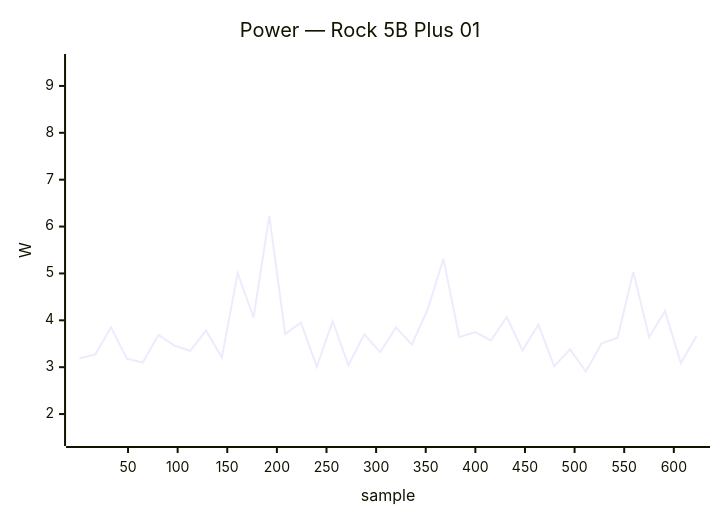
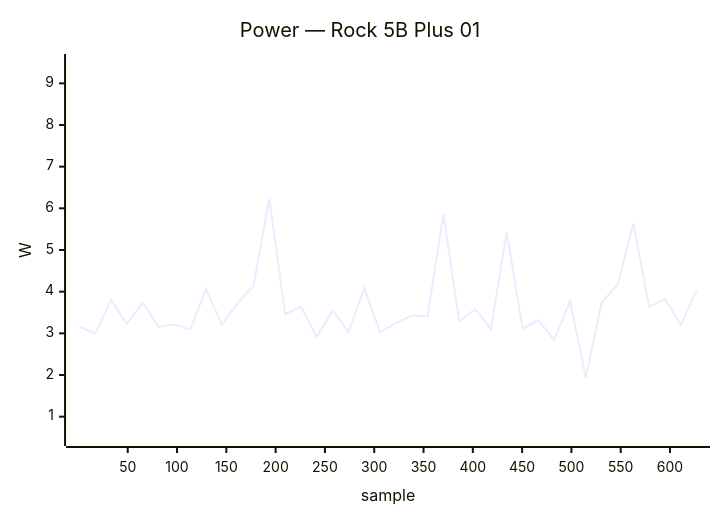
The fifth of 34 diagrams in docs/status/board-tests.md (armbian/documentation), drawn with Mermaid before and after one commit. The commit also changed other lines of this file, not shown here.

````diff
--- a/docs/status/board-tests.md
+++ b/docs/status/board-tests.md
@@ -237,7 +237,7 @@
 ```mermaid
 xychart-beta
     title "Power — Rock 5B Plus 01"
-    x-axis "sample" 1 --> 623
-    y-axis "W" 1.5 --> 9.5
-    line [3.19, 3.27, 3.85, 3.18, 3.10, 3.69, 3.46, 3.35, 3.78, 3.21, 5.01, 4.06, 6.23, 3.71, 3.95, 3.01, 3.98, 3.04, 3.70, 3.32, 3.85, 3.48, 4.23, 5.31, 3.64, 3.75, 3.57, 4.07, 3.36, 3.91, 3.02, 3.38, 2.91, 3.51, 3.63, 5.03, 3.64, 4.20, 3.09, 3.67]
+    x-axis "sample" 1 --> 627
+    y-axis "W" 0.5 --> 9.5
+    line [3.16, 3.00, 3.80, 3.23, 3.73, 3.16, 3.21, 3.09, 4.06, 3.21, 3.73, 4.14, 6.24, 3.46, 3.64, 2.91, 3.55, 3.03, 4.09, 3.02, 3.25, 3.42, 3.41, 5.87, 3.29, 3.58, 3.10, 5.43, 3.11, 3.32, 2.84, 3.78, 1.94, 3.74, 4.16, 5.64, 3.63, 3.82, 3.20, 4.03]
 ```
````
